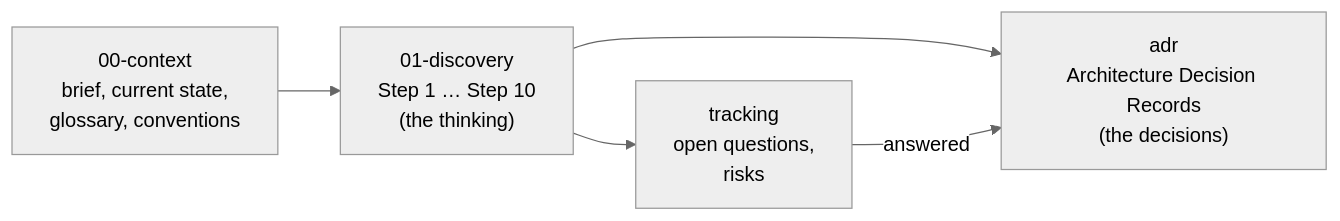
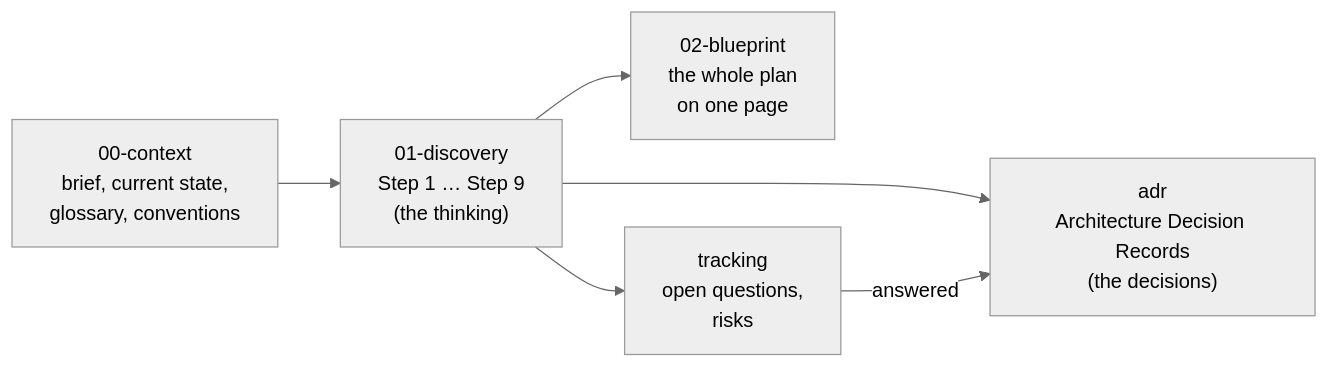
The diagram in README.md (adityayadav30561-rgb/MASTER-ERP), drawn with Mermaid (neutral theme) before and after one commit. The commit also changed other lines of this file and 33 other files, not shown here.

First line of the commit message:
Step 10: Master blueprint, roadmap/MVP, API, SaaS/billing/AI, UX, risks and tech debt

````diff
--- a/README.md
+++ b/README.md
@@ -23,7 +26,8 @@
 ```mermaid
 flowchart LR
-    A["00-context<br/>brief, current state,<br/>glossary, conventions"] --> B["01-discovery<br/>Step 1 … Step 10<br/>(the thinking)"]
+    A["00-context<br/>brief, current state,<br/>glossary, conventions"] --> B["01-discovery<br/>Step 1 … Step 9<br/>(the thinking)"]
+    B --> E["02-blueprint<br/>the whole plan<br/>on one page"]
     B --> C["adr<br/>Architecture Decision Records<br/>(the decisions)"]
     B --> D["tracking<br/>open questions,<br/>risks"]
     D -->|answered| C
 ```
````
